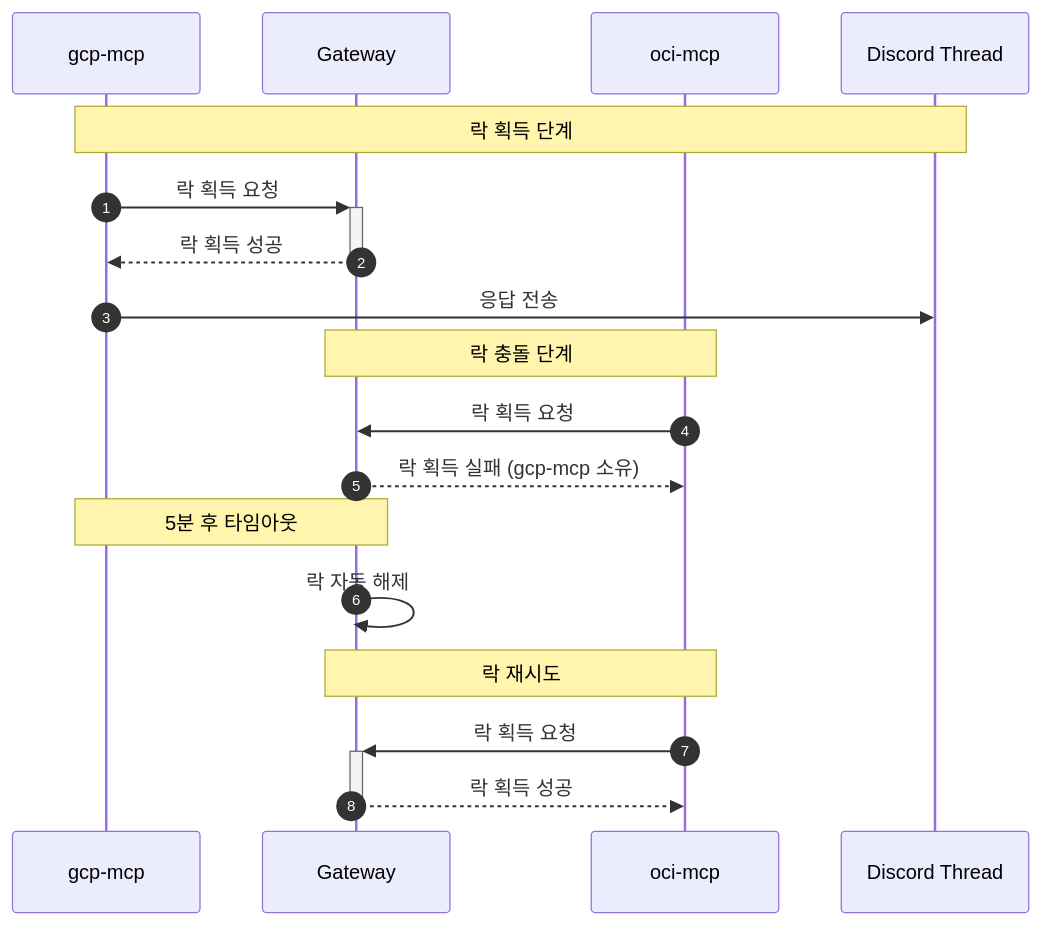
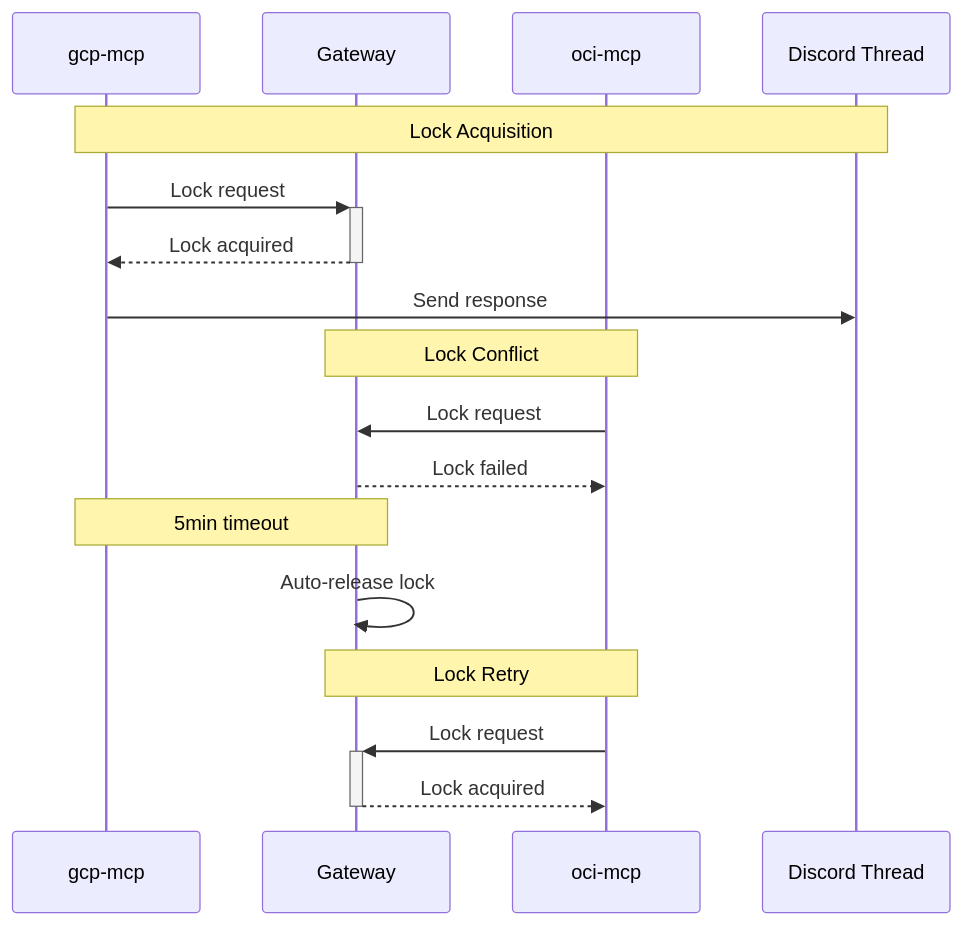
Before and after one commit to yarang/blogs: the fifth of 7 diagrams in content/ko/post/2026-03-01-013-discord-gateway-mcp-아키텍처-설계.md, drawn with Mermaid. The commit also changed other lines of this file and 1 other file, not shown here.

First line of the commit message:
Simplify Mermaid diagrams for web compatibility

````diff
--- a/content/ko/post/2026-03-01-013-discord-gateway-mcp-아키텍처-설계.md
+++ b/content/ko/post/2026-03-01-013-discord-gateway-mcp-아키텍처-설계.md
@@ -258,24 +229,23 @@
 ```mermaid
 sequenceDiagram
-    autonumber
-    participant MCP1 as gcp-mcp
-    participant Gateway as Gateway
-    participant MCP2 as oci-mcp
-    participant Discord as Discord Thread
+    participant M1 as gcp-mcp
+    participant GW as Gateway
+    participant M2 as oci-mcp
+    participant DT as Discord Thread
 
-    Note over MCP1,Discord: 락 획득 단계
-    MCP1->>+Gateway: 락 획득 요청
-    Gateway-->>-MCP1: 락 획득 성공
-    MCP1->>Discord: 응답 전송
+    Note over M1,DT: Lock Acquisition
+    M1->>+GW: Lock request
+    GW-->>-M1: Lock acquired
+    M1->>DT: Send response
 
-    Note over MCP2,Gateway: 락 충돌 단계
-    MCP2->>Gateway: 락 획득 요청
-    Gateway-->>MCP2: 락 획득 실패 (gcp-mcp 소유)
+    Note over M2,GW: Lock Conflict
+    M2->>GW: Lock request
+    GW-->>M2: Lock failed
 
-    Note over MCP1,Gateway: 5분 후 타임아웃
-    Gateway->>Gateway: 락 자동 해제
+    Note over M1,GW: 5min timeout
+    GW->>GW: Auto-release lock
 
-    Note over MCP2,Gateway: 락 재시도
-    MCP2->>+Gateway: 락 획득 요청
-    Gateway-->>-MCP2: 락 획득 성공
+    Note over M2,GW: Lock Retry
+    M2->>+GW: Lock request
+    GW-->>-M2: Lock acquired
 ```
````
